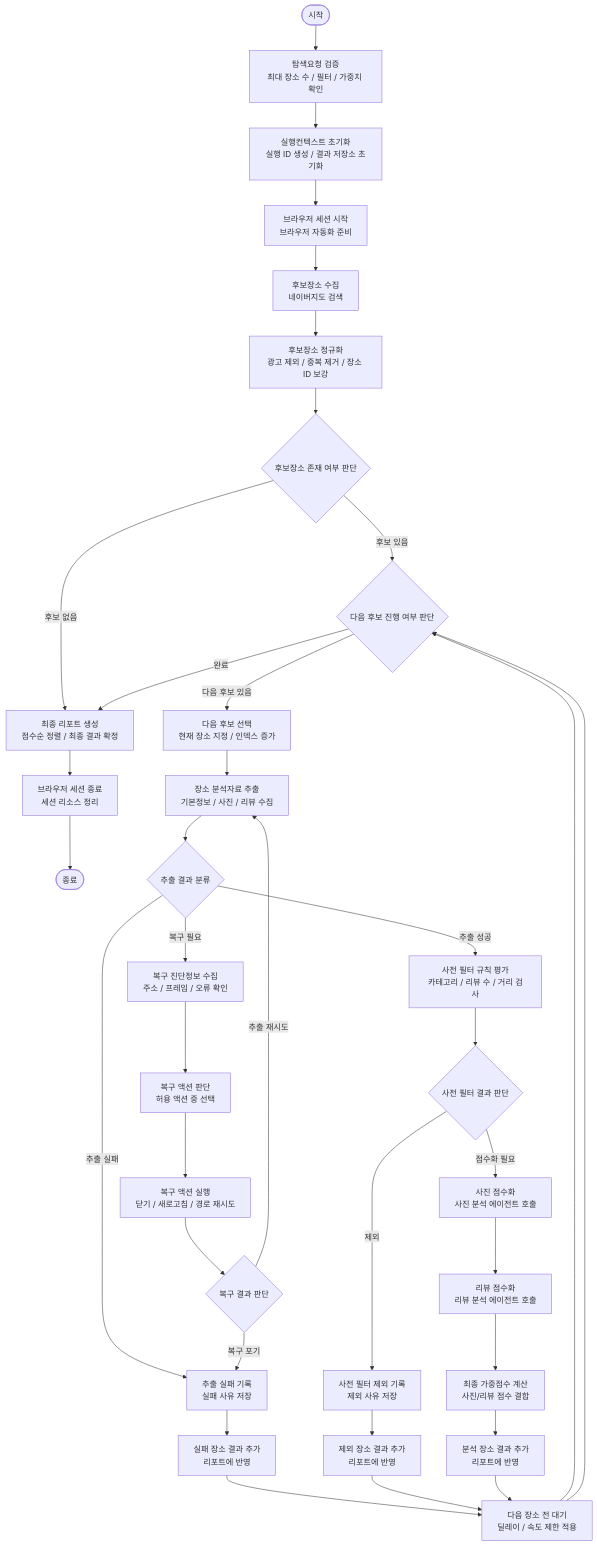
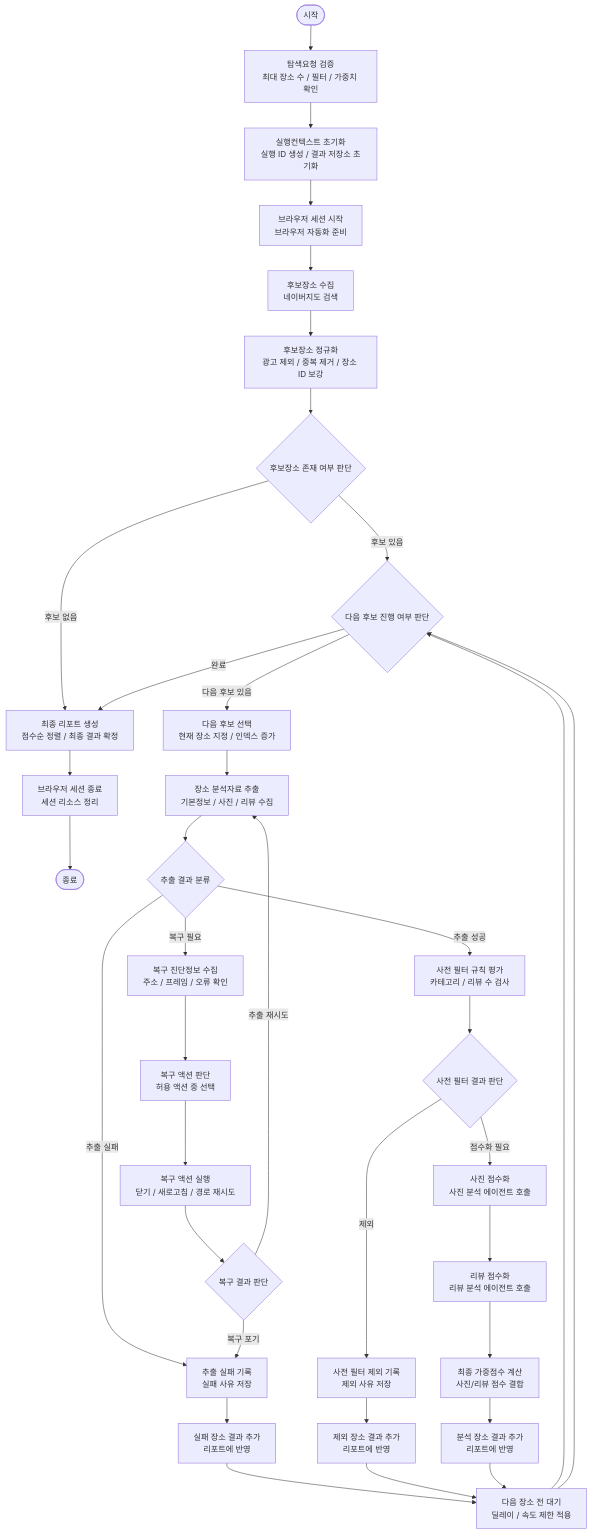
Before and after one commit to whynot-uw-lab/datespot-agent: the diagram in docs/superpowers/specs/2026-07-12-langgraph-agent-core-design.md, drawn with Mermaid. The commit also changed other lines of this file and 1 other file, not shown here.

````diff
--- a/docs/superpowers/specs/2026-07-12-langgraph-agent-core-design.md
+++ b/docs/superpowers/specs/2026-07-12-langgraph-agent-core-design.md
@@ -30,62 +30,62 @@
 ```mermaid
 flowchart TD
     START([시작])
     END([종료])
 
     validate["탐색요청 검증<br/>최대 장소 수 / 필터 / 가중치 확인"]
     init["실행컨텍스트 초기화<br/>실행 ID 생성 / 결과 저장소 초기화"]
     openBrowser["브라우저 세션 시작<br/>브라우저 자동화 준비"]
 
     search["후보장소 수집<br/>네이버지도 검색"]
     normalize["후보장소 정규화<br/>광고 제외 / 중복 제거 / 장소 ID 보강"]
     routeSearch{"후보장소 존재 여부 판단"}
 
     select["다음 후보 선택<br/>현재 장소 지정 / 인덱스 증가"]
     extract["장소 분석자료 추출<br/>기본정보 / 사진 / 리뷰 수집"]
     routeExtract{"추출 결과 분류"}
 
     buildRecovery["복구 진단정보 수집<br/>주소 / 프레임 / 오류 확인"]
     recoverAgent["복구 액션 판단<br/>허용 액션 중 선택"]
     applyRecovery["복구 액션 실행<br/>닫기 / 새로고침 / 경로 재시도"]
     routeRecovery{"복구 결과 판단"}
 
     recordFailure["추출 실패 기록<br/>실패 사유 저장"]
     appendFailed["실패 장소 결과 추가<br/>리포트에 반영"]
 
-    preFilter["사전 필터 규칙 평가<br/>카테고리 / 리뷰 수 / 거리 검사"]
+    preFilter["사전 필터 규칙 평가<br/>카테고리 / 리뷰 수 검사"]
     routeFilter{"사전 필터 결과 판단"}
     recordExcluded["사전 필터 제외 기록<br/>제외 사유 저장"]
     appendExcluded["제외 장소 결과 추가<br/>리포트에 반영"]
 
     analyzePhotos["사진 점수화<br/>사진 분석 에이전트 호출"]
     analyzeReviews["리뷰 점수화<br/>리뷰 분석 에이전트 호출"]
     calculate["최종 가중점수 계산<br/>사진/리뷰 점수 결합"]
     appendAnalyzed["분석 장소 결과 추가<br/>리포트에 반영"]
 
     throttle["다음 장소 전 대기<br/>딜레이 / 속도 제한 적용"]
     routeLoop{"다음 후보 진행 여부 판단"}
 
     finalize["최종 리포트 생성<br/>점수순 정렬 / 최종 결과 확정"]
     closeBrowser["브라우저 세션 종료<br/>세션 리소스 정리"]
 
     START --> validate --> init --> openBrowser --> search --> normalize --> routeSearch
 
     routeSearch -- "후보 없음" --> finalize
     routeSearch -- "후보 있음" --> routeLoop
 
     routeLoop -- "다음 후보 있음" --> select --> extract --> routeExtract
     routeLoop -- "완료" --> finalize
 
     routeExtract -- "추출 성공" --> preFilter --> routeFilter
     routeExtract -- "복구 필요" --> buildRecovery --> recoverAgent --> applyRecovery --> routeRecovery
     routeExtract -- "추출 실패" --> recordFailure --> appendFailed --> throttle --> routeLoop
 
     routeRecovery -- "추출 재시도" --> extract
     routeRecovery -- "복구 포기" --> recordFailure
 
     routeFilter -- "제외" --> recordExcluded --> appendExcluded --> throttle
     routeFilter -- "점수화 필요" --> analyzePhotos --> analyzeReviews --> calculate --> appendAnalyzed --> throttle
 
     throttle --> routeLoop
     finalize --> closeBrowser --> END
 ```
````
